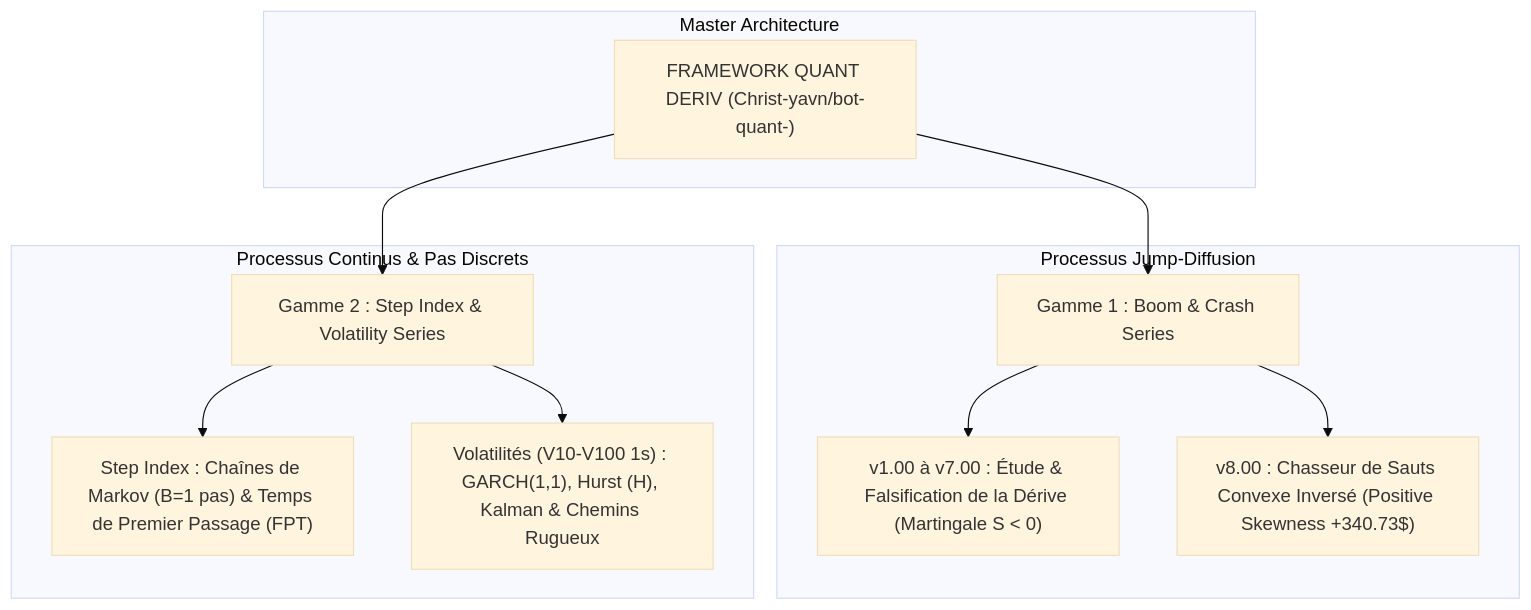
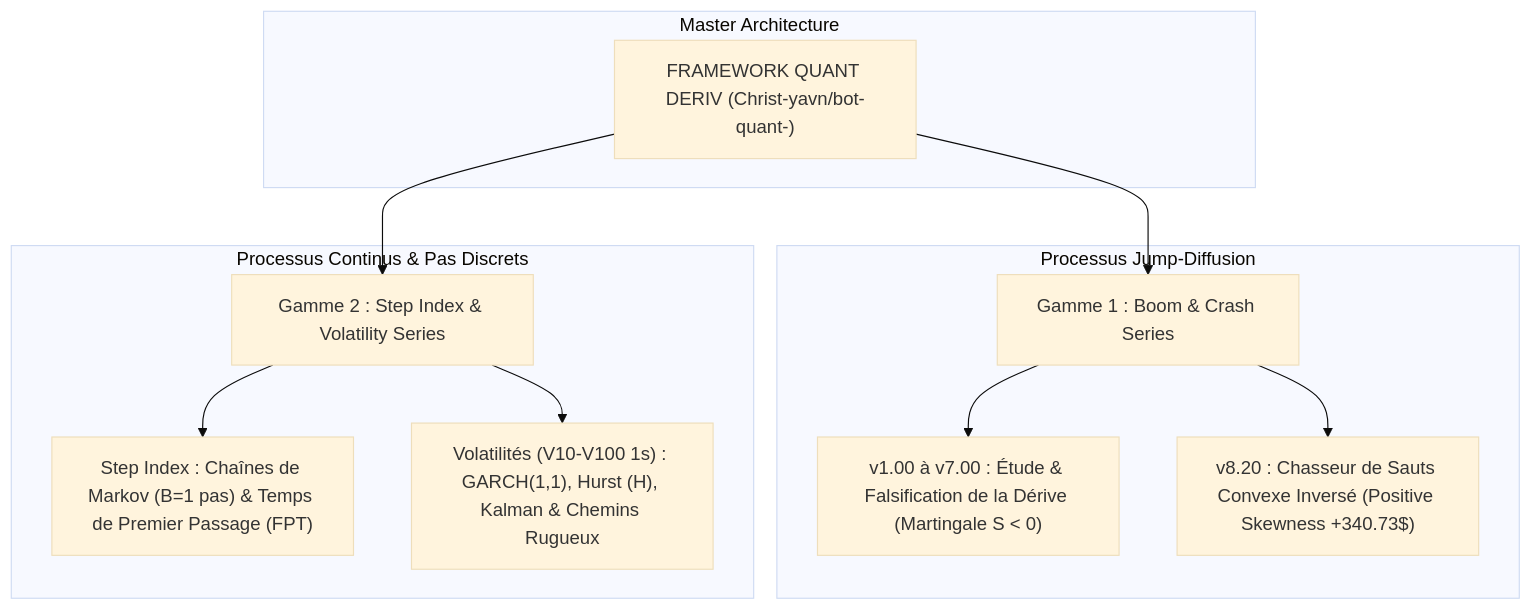
One commit to Christ-yavn/bot-quant- changed the diagram in README.md. Above: the diagram before and after it, drawn with Mermaid (base theme). The commit also changed 3 other files, not shown here.

````diff
--- a/README.md
+++ b/README.md
@@ -16,21 +16,21 @@
 ```mermaid
 flowchart TD
     subgraph Master Architecture
         ROOT["FRAMEWORK QUANT DERIV (Christ-yavn/bot-quant-)"]
     end
 
     subgraph TRACK 1: Gamme Boom & Crash [Processus Jump-Diffusion]
         T1["Gamme 1 : Boom & Crash Series"]
         T1 --> T1_A["v1.00 à v7.00 : Étude & Falsification de la Dérive (Martingale S < 0)"]
-        T1 --> T1_B["v8.00 : Chasseur de Sauts Convexe Inversé (Positive Skewness +340.73$)"]
+        T1 --> T1_B["v8.20 : Chasseur de Sauts Convexe Inversé (Positive Skewness +340.73$)"]
     end
 
     subgraph TRACK 2: Gamme Step & Volatilités [Processus Continus & Pas Discrets]
         T2["Gamme 2 : Step Index & Volatility Series"]
         T2 --> T2_A["Step Index : Chaînes de Markov (B=1 pas) & Temps de Premier Passage (FPT)"]
         T2 --> T2_B["Volatilités (V10-V100 1s) : GARCH(1,1), Hurst (H), Kalman & Chemins Rugueux"]
     end
 
     ROOT --> T1
     ROOT --> T2
 ```
````
